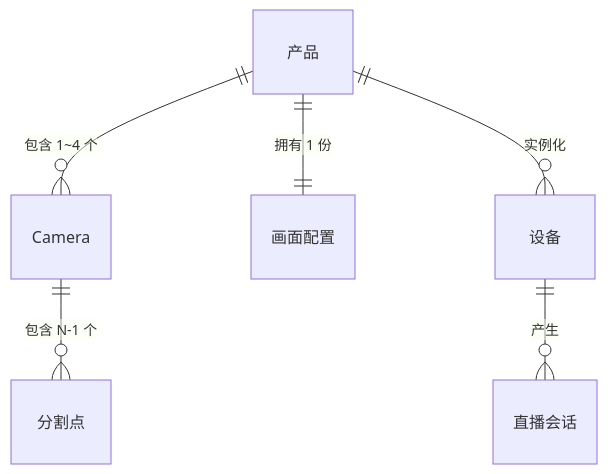
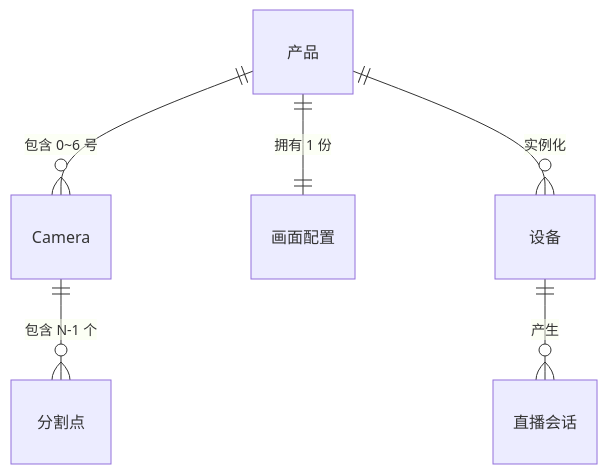
The first of 6 diagrams in docs/prd_full/画面拼接与拆分/画面拼接与拆分03PRD.md (hongtao-l/platform), drawn with Mermaid before and after one commit. The commit also changed other lines of this file and 13 other files, not shown here.

````diff
--- a/docs/prd_full/画面拼接与拆分/画面拼接与拆分03PRD.md
+++ b/docs/prd_full/画面拼接与拆分/画面拼接与拆分03PRD.md
@@ -66,8 +68,8 @@
 ```mermaid
 erDiagram
-    产品 ||--o{ Camera : "包含 1~4 个"
+    产品 ||--o{ Camera : "包含 0~6 号"
     产品 ||--|| 画面配置 : "拥有 1 份"
     产品 ||--o{ 设备 : "实例化"
     Camera ||--o{ 分割点 : "包含 N-1 个"
     设备 ||--o{ 直播会话 : "产生"
 ```
````
